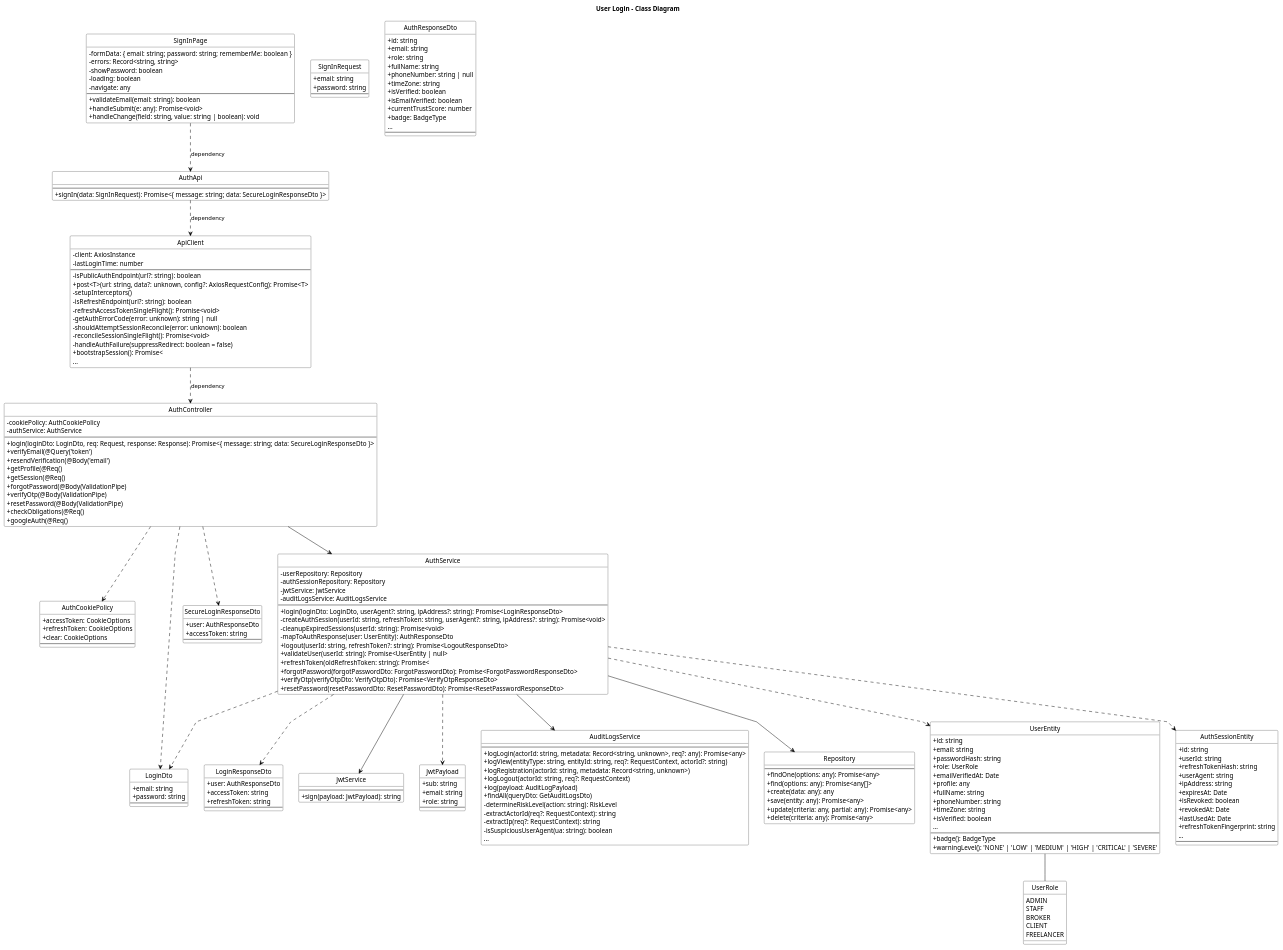
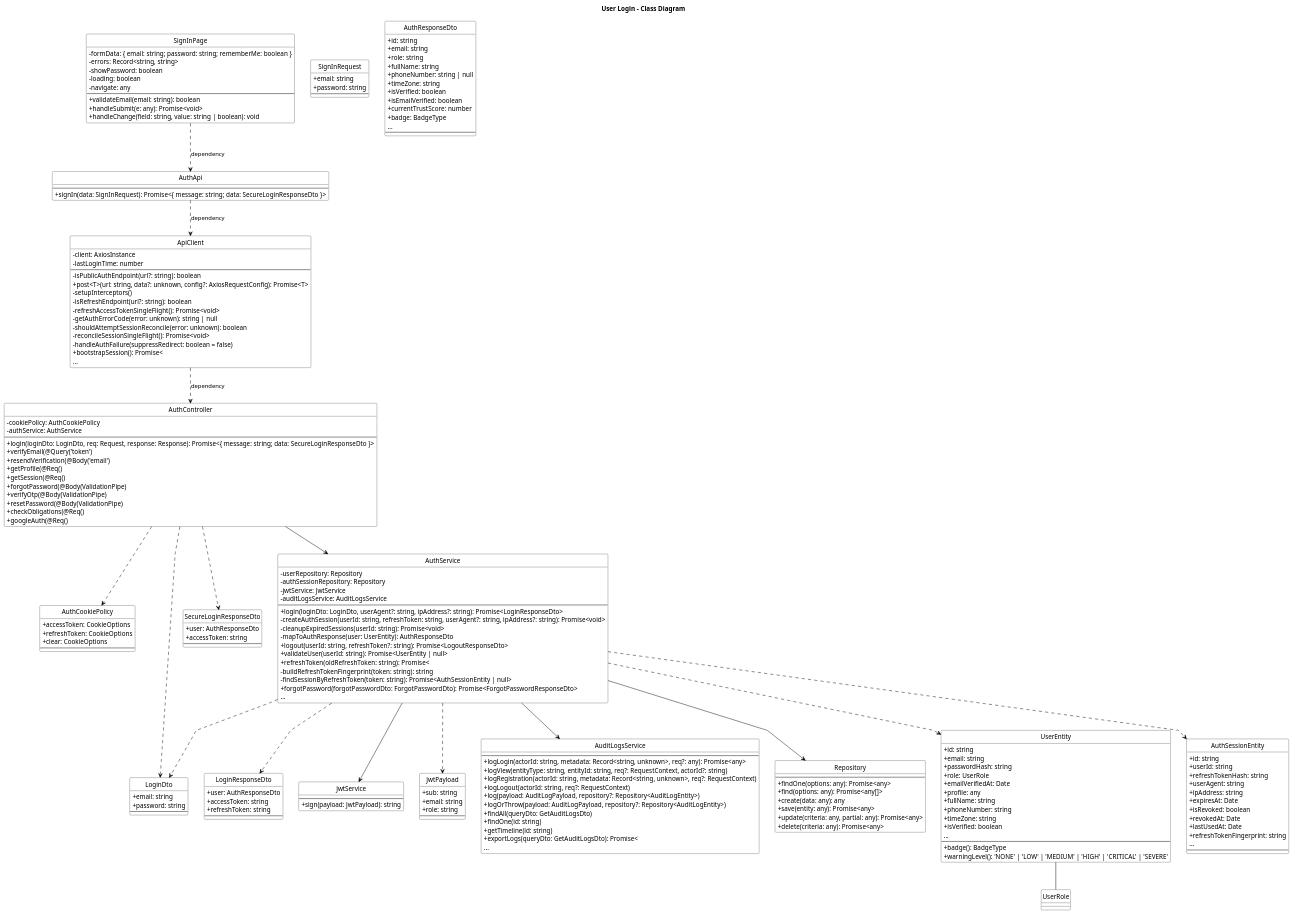
Before and after one commit to bangdcce/SEP492-Project: the diagram in diagram/class_diagrams/login_class_diagram_compact.puml, drawn with PlantUML. The commit also changed 40 other files, not shown here.

```diff
--- a/diagram/class_diagrams/login_class_diagram_compact.puml
+++ b/diagram/class_diagrams/login_class_diagram_compact.puml
@@ -124,9 +124,10 @@
     + logout(userId: string, refreshToken?: string): Promise<LogoutResponseDto>
     + validateUser(userId: string): Promise<UserEntity | null>
     + refreshToken(oldRefreshToken: string): Promise<
+    - buildRefreshTokenFingerprint(token: string): string
+    - findSessionByRefreshToken(token: string): Promise<AuthSessionEntity | null>
     + forgotPassword(forgotPasswordDto: ForgotPasswordDto): Promise<ForgotPasswordResponseDto>
-    + verifyOtp(verifyOtpDto: VerifyOtpDto): Promise<VerifyOtpResponseDto>
-    + resetPassword(resetPasswordDto: ResetPasswordDto): Promise<ResetPasswordResponseDto>
+    ...
 }
 
 class LoginResponseDto {
@@ -152,14 +153,14 @@
     --
     + logLogin(actorId: string, metadata: Record<string, unknown>, req?: any): Promise<any>
     + logView(entityType: string, entityId: string, req?: RequestContext, actorId?: string)
-    + logRegistration(actorId: string, metadata: Record<string, unknown>)
+    + logRegistration(actorId: string, metadata: Record<string, unknown>, req?: RequestContext)
     + logLogout(actorId: string, req?: RequestContext)
-    + log(payload: AuditLogPayload)
+    + log(payload: AuditLogPayload, repository?: Repository<AuditLogEntity>)
+    + logOrThrow(payload: AuditLogPayload, repository?: Repository<AuditLogEntity>)
     + findAll(queryDto: GetAuditLogsDto)
-    - determineRiskLevel(action: string): RiskLevel
-    - extractActorId(req?: RequestContext): string
-    - extractIp(req?: RequestContext): string
-    - isSuspiciousUserAgent(ua: string): boolean
+    + findOne(id: string)
+    + getTimeline(id: string)
+    + exportLogs(queryDto: GetAuditLogsDto): Promise<
     ...
 }
 
@@ -190,13 +191,6 @@
     + warningLevel(): 'NONE' | 'LOW' | 'MEDIUM' | 'HIGH' | 'CRITICAL' | 'SEVERE'
 }
 
-enum UserRole {
-    ADMIN
-    STAFF
-    BROKER
-    CLIENT
-    FREELANCER
-}
 
 class AuthSessionEntity {
     + id: string
```
